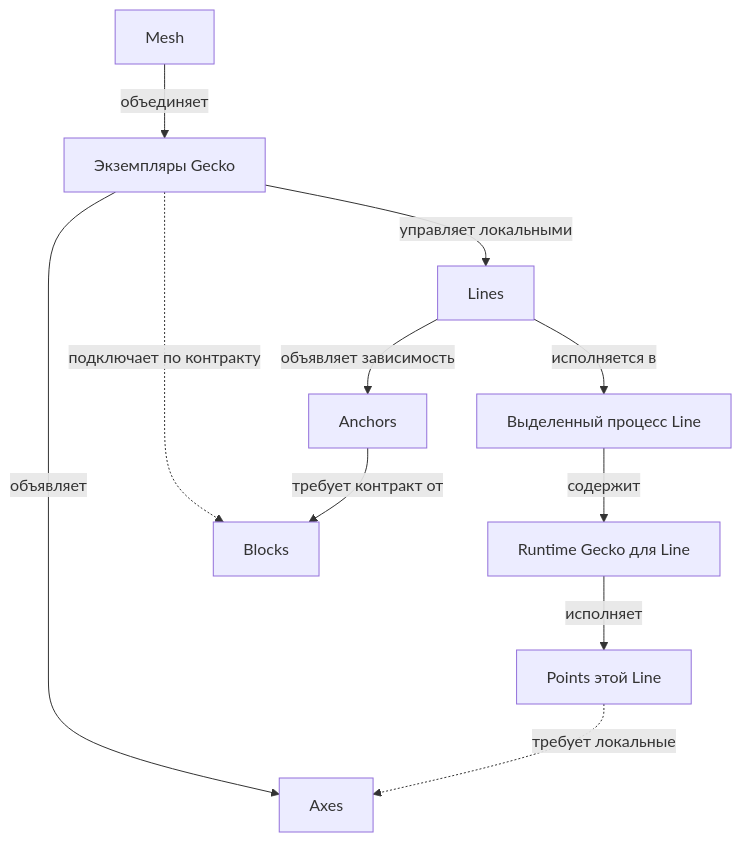
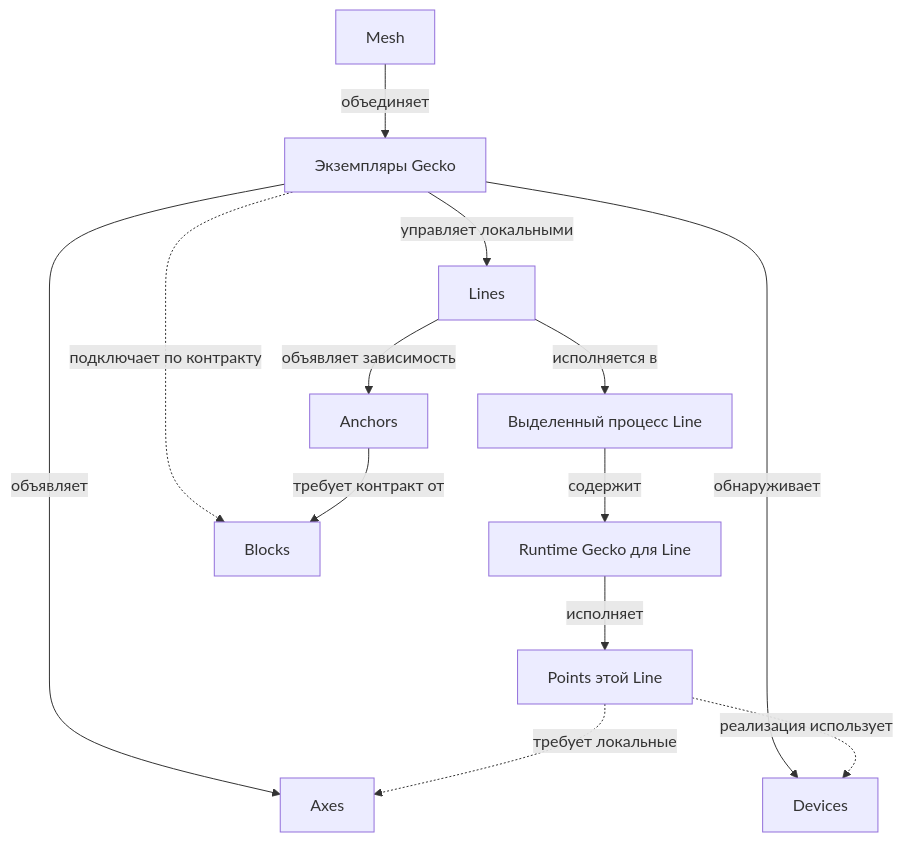
The second of 2 diagrams in docs/concepts.ru.md (jfultr/gecko-core), drawn with Mermaid before and after one commit. The commit also changed other lines of this file and 1 other file, not shown here.

Commit message:
docs: define Devices and task-driven App composition

````diff
--- a/docs/concepts.ru.md
+++ b/docs/concepts.ru.md
@@ -74,13 +75,15 @@
 ```mermaid
 flowchart TB
     Mesh[Mesh] -->|объединяет| Gecko[Экземпляры Gecko]
     Gecko -->|объявляет| Axis[Axes]
+    Gecko -->|обнаруживает| Device[Devices]
     Gecko -->|управляет локальными| Line[Lines]
     Line -->|исполняется в| Process[Выделенный процесс Line]
     Process -->|содержит| Runtime[Runtime Gecko для Line]
     Runtime -->|исполняет| Point[Points этой Line]
     Gecko -.->|подключает по контракту| Block[Blocks]
     Line -->|объявляет зависимость| Anchor[Anchors]
     Anchor -->|требует контракт от| Block
     Point -.->|требует локальные| Axis
+    Point -.->|реализация использует| Device
 ```
````
